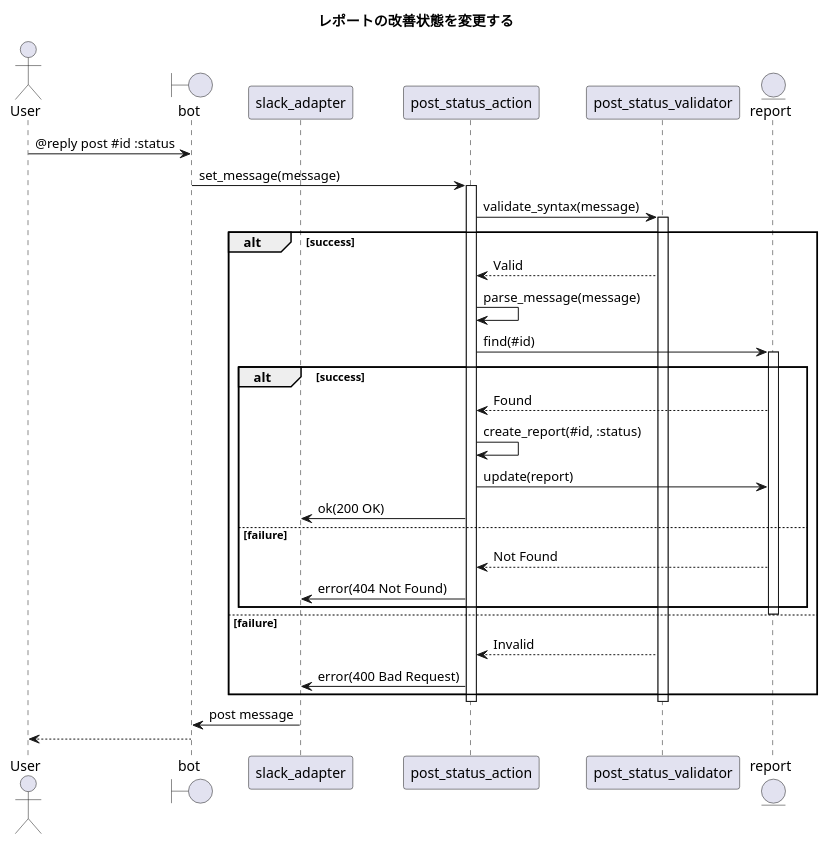
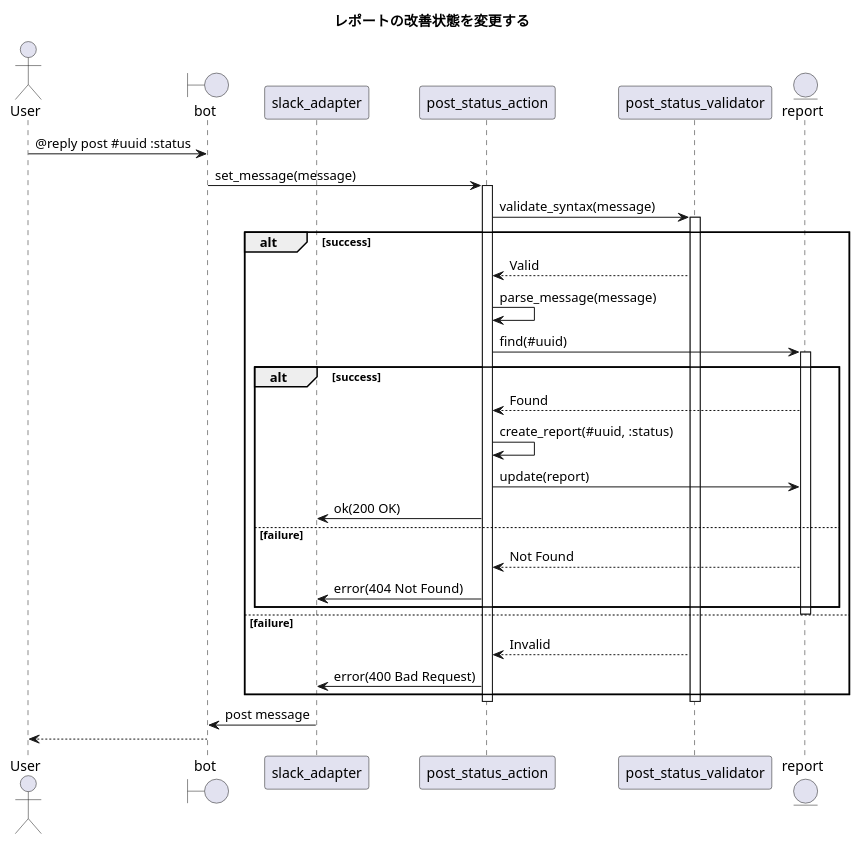
One commit to ito-masam/kpt-guard.doc changed the diagram in 1.design/5.sequences/post-report-change-status.md. Above: the diagram before and after it, drawn with PlantUML. The commit also changed 9 other files, not shown here.

```diff
--- a/1.design/5.sequences/post-report-change-status.md
+++ b/1.design/5.sequences/post-report-change-status.md
@@ -1,44 +1,44 @@
 @startuml
 
     ' ----------- meta
     title レポートの改善状態を変更する
 
     actor User
     boundary bot
     participant slack_adapter
     participant post_status_action
     participant post_status_validator
     entity report
 
     ' ----------- main
-    User -> bot : @reply post #id :status
+    User -> bot : @reply post #uuid :status
     bot -> post_status_action : set_message(message)
     activate post_status_action
         post_status_action -> post_status_validator : validate_syntax(message)
         activate post_status_validator
             alt success
                 post_status_validator --> post_status_action : Valid
                 post_status_action -> post_status_action : parse_message(message)
-                post_status_action -> report : find(#id)
+                post_status_action -> report : find(#uuid)
                 activate report
                     alt success
                         report --> post_status_action : Found
-                        post_status_action -> post_status_action : create_report(#id, :status)
+                        post_status_action -> post_status_action : create_report(#uuid, :status)
                         post_status_action -> report : update(report)
                         post_status_action -> slack_adapter : ok(200 OK)
                     else failure
                         report --> post_status_action : Not Found
                         post_status_action -> slack_adapter : error(404 Not Found)
                     end
                 deactivate report
             else failure
                 ' ----------- alternative
                 post_status_validator --> post_status_action : Invalid
                 post_status_action -> slack_adapter : error(400 Bad Request)
             end
         deactivate post_status_validator
     deactivate post_status_action
     slack_adapter -> bot : post message
     bot --> User
 
 @enduml
```
